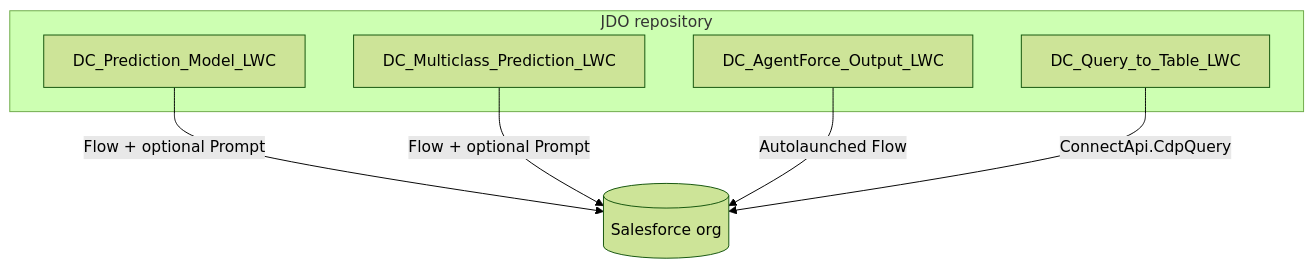
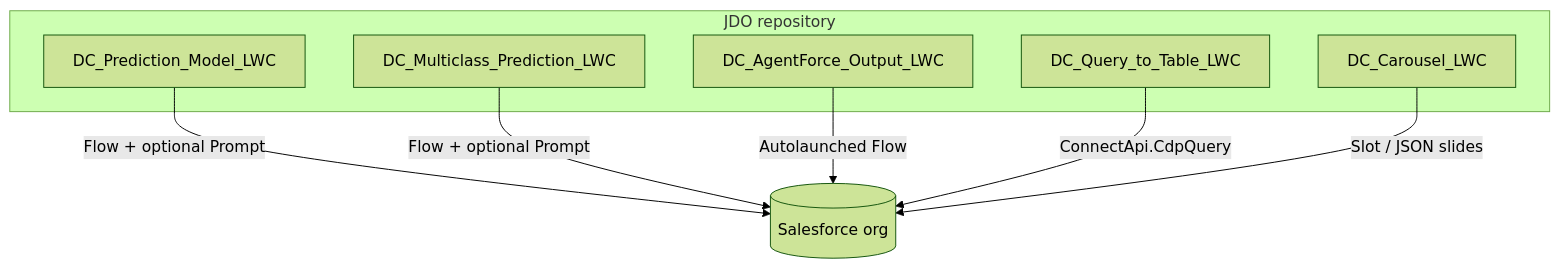
Before and after one commit to josers18/JDO: the diagram in docs/MONOREPO_OVERVIEW.md, drawn with Mermaid (forest theme). The commit also changed other lines of this file and 14 other files, not shown here.

First line of the commit message:
feat: add DC_Carousel_LWC (SLDS carousel, slot + JSON slides)

````diff
--- a/docs/MONOREPO_OVERVIEW.md
+++ b/docs/MONOREPO_OVERVIEW.md
@@ -7,13 +7,15 @@
 ```mermaid
 flowchart TB
     subgraph repo [JDO repository]
         P[DC_Prediction_Model_LWC]
         M[DC_Multiclass_Prediction_LWC]
         A[DC_AgentForce_Output_LWC]
         Q[DC_Query_to_Table_LWC]
+        C[DC_Carousel_LWC]
     end
     P --> |Flow + optional Prompt| SF[(Salesforce org)]
     M --> |Flow + optional Prompt| SF
     A --> |Autolaunched Flow| SF
     Q --> |ConnectApi.CdpQuery| SF
+    C --> |Slot / JSON slides| SF
 ```
````
